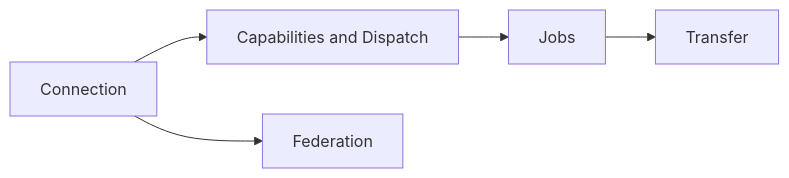
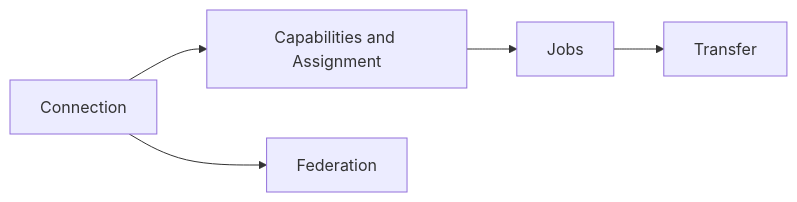
The diagram in docs/src/contributors/proto/index.md (wavelens/gradient), drawn with Mermaid before and after one commit. The commit also changed other lines of this file and 61 other files, not shown here.

````diff
--- a/docs/src/contributors/proto/index.md
+++ b/docs/src/contributors/proto/index.md
@@ -5,7 +5,7 @@
 ```mermaid
 flowchart LR
-    conn[Connection] --> cap[Capabilities and Dispatch]
+    conn[Connection] --> cap[Capabilities and Assignment]
     cap --> jobs[Jobs]
     jobs --> transfer[Transfer]
     conn --> fed[Federation]
 ```
````
